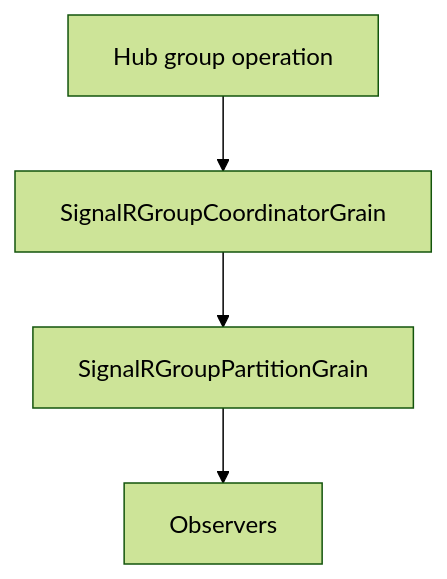
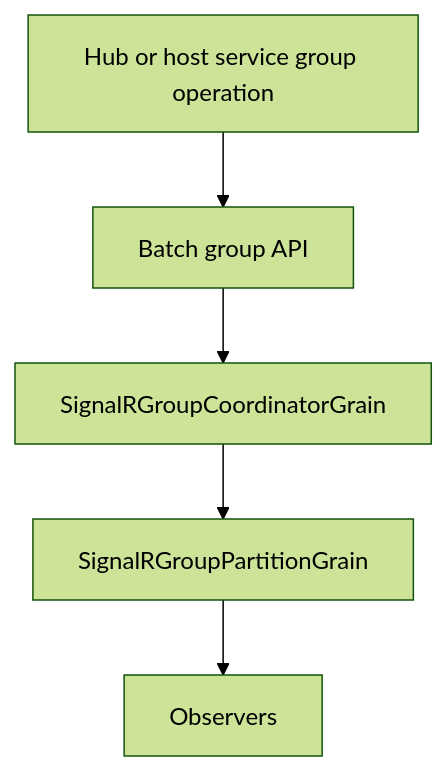
The diagram in docs/Features/Group-Partitioning.md (managedcode/Orleans.SignalR), drawn with Mermaid (forest theme) before and after one commit. The commit also changed other lines of this file and 15 other files, not shown here.

````diff
--- a/docs/Features/Group-Partitioning.md
+++ b/docs/Features/Group-Partitioning.md
@@ -24,9 +29,10 @@
 ```mermaid
 flowchart TD
-  Hub["Hub group operation"]
+  Hub["Hub or host service group operation"]
+  Batch["Batch group API"]
   Coord["SignalRGroupCoordinatorGrain"]
   Part["SignalRGroupPartitionGrain"]
   Obs["Observers"]
 
-  Hub --> Coord --> Part --> Obs
+  Hub --> Batch --> Coord --> Part --> Obs
 ```
````
